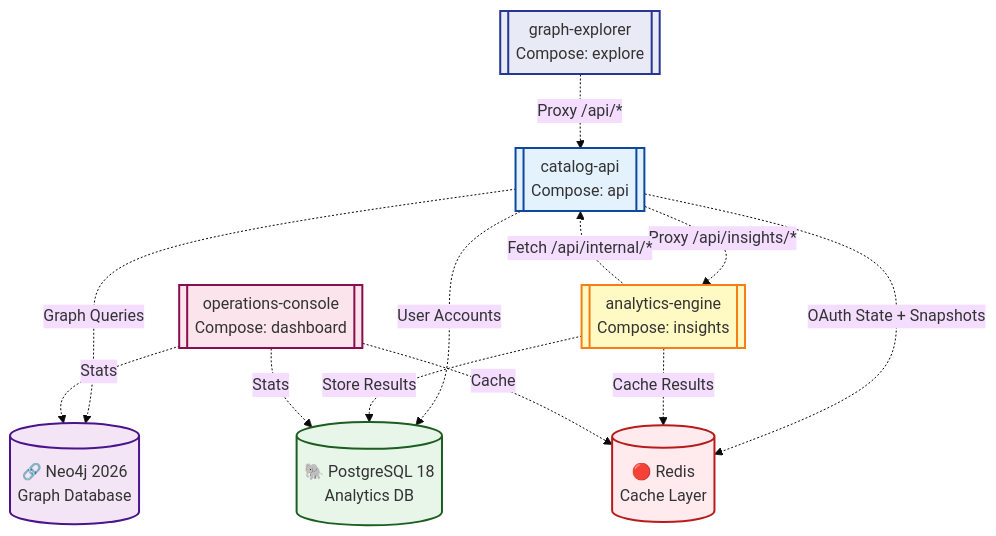
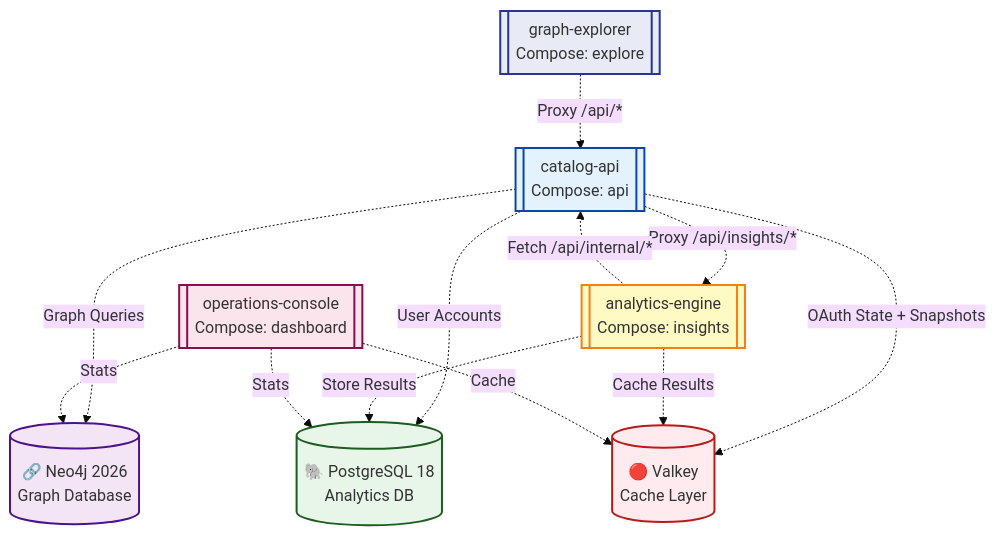
Before and after one commit to groovemap-music/deployment: the second of 7 diagrams in docs/architecture.md, drawn with Mermaid (base theme). The commit also changed other lines of this file and 10 other files, not shown here.

First line of the commit message:
docs(valkey): sweep deployment docs from Redis to Valkey

````diff
--- a/docs/architecture.md
+++ b/docs/architecture.md
@@ -128,34 +128,34 @@
 ```mermaid
 graph TD
     NEO4J[("🔗 Neo4j 2026<br/>Graph Database")]
     PG[("🐘 PostgreSQL 18<br/>Analytics DB")]
-    REDIS[("🔴 Redis<br/>Cache Layer")]
+    VALKEY[("🔴 Valkey<br/>Cache Layer")]
 
     EXPLORE[["graph-explorer<br/>Compose: explore"]]
     API[["catalog-api<br/>Compose: api"]]
     INSIGHTS[["analytics-engine<br/>Compose: insights"]]
     DASH[["operations-console<br/>Compose: dashboard"]]
 
     EXPLORE -.->|Proxy /api/*| API
 
     API -.->|User Accounts| PG
     API -.->|Graph Queries| NEO4J
-    API -.->|OAuth State + Snapshots| REDIS
+    API -.->|OAuth State + Snapshots| VALKEY
 
     API -.->|Proxy /api/insights/*| INSIGHTS
     INSIGHTS -.->|Fetch /api/internal/*| API
     INSIGHTS -.->|Store Results| PG
-    INSIGHTS -.->|Cache Results| REDIS
+    INSIGHTS -.->|Cache Results| VALKEY
 
-    DASH -.->|Cache| REDIS
+    DASH -.->|Cache| VALKEY
     DASH -.->|Stats| NEO4J
     DASH -.->|Stats| PG
 
     style NEO4J fill:#f3e5f5,stroke:#4a148c,stroke-width:2px
     style PG fill:#e8f5e9,stroke:#1b5e20,stroke-width:2px
-    style REDIS fill:#ffebee,stroke:#b71c1c,stroke-width:2px
+    style VALKEY fill:#ffebee,stroke:#b71c1c,stroke-width:2px
     style EXPLORE fill:#e8eaf6,stroke:#283593,stroke-width:2px
     style API fill:#e3f2fd,stroke:#0d47a1,stroke-width:2px
     style INSIGHTS fill:#fff9c4,stroke:#f57f17,stroke-width:2px
     style DASH fill:#fce4ec,stroke:#880e4f,stroke-width:2px
 ```
````
